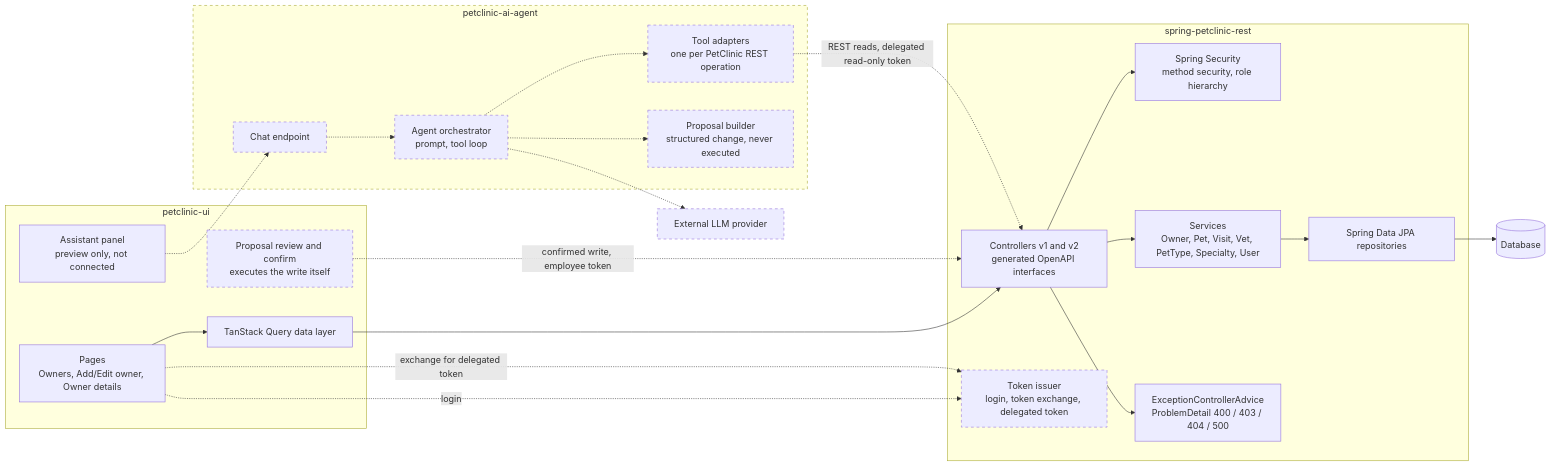
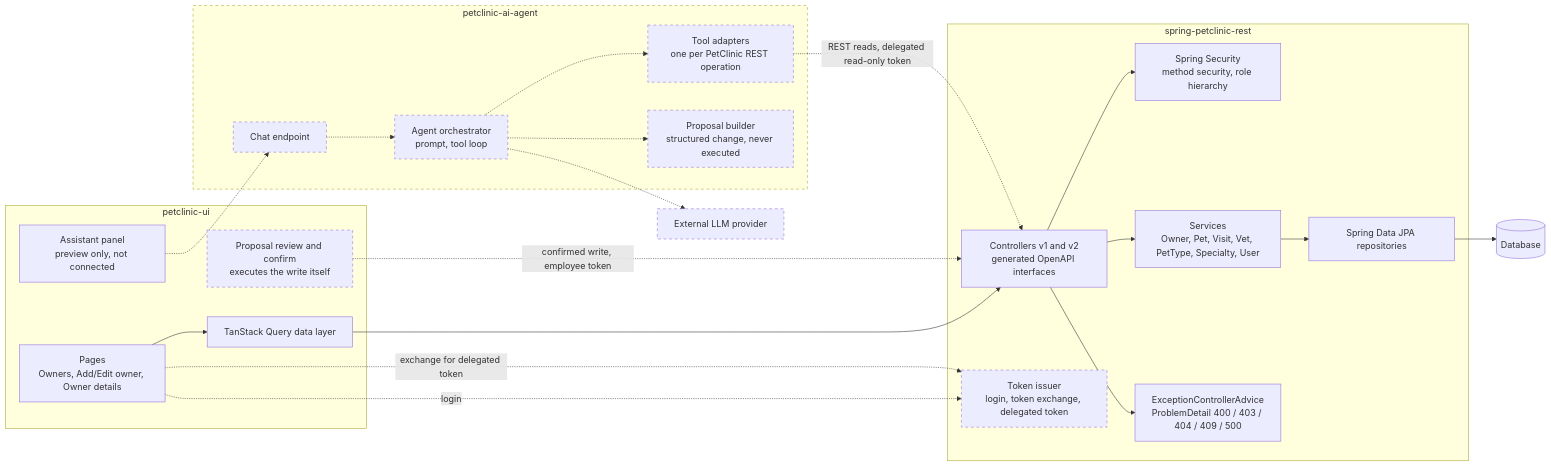
The first of 2 diagrams in docs/architecture/uml/02-components.md (vinceo8691-prog/petclinic-ai-platform), drawn with Mermaid before and after one commit. The commit also changed 17 other files, not shown here.

````diff
--- a/docs/architecture/uml/02-components.md
+++ b/docs/architecture/uml/02-components.md
@@ -7,45 +7,45 @@
 ```mermaid
 flowchart LR
     subgraph ui["petclinic-ui"]
         pages["Pages<br/>Owners, Add/Edit owner, Owner details"]
         query["TanStack Query data layer"]
         panel["Assistant panel<br/>preview only, not connected"]
         confirm["Proposal review and confirm<br/>executes the write itself"]
     end
 
     subgraph api["spring-petclinic-rest"]
         controllers["Controllers v1 and v2<br/>generated OpenAPI interfaces"]
         sec["Spring Security<br/>method security, role hierarchy"]
         services["Services<br/>Owner, Pet, Visit, Vet, PetType, Specialty, User"]
         repos["Spring Data JPA repositories"]
-        advice["ExceptionControllerAdvice<br/>ProblemDetail 400 / 403 / 404 / 500"]
+        advice["ExceptionControllerAdvice<br/>ProblemDetail 400 / 403 / 404 / 409 / 500"]
         issuer["Token issuer<br/>login, token exchange, delegated token"]
     end
 
     subgraph agent["petclinic-ai-agent"]
         chat["Chat endpoint"]
         orchestrator["Agent orchestrator<br/>prompt, tool loop"]
         tools["Tool adapters<br/>one per PetClinic REST operation"]
         proposals["Proposal builder<br/>structured change, never executed"]
     end
 
     db[("Database")]
     llm["External LLM provider"]
 
     pages --> query --> controllers
     panel -.-> chat
     confirm -.->|"confirmed write, employee token"| controllers
     pages -.->|"login"| issuer
     pages -.->|"exchange for delegated token"| issuer
     controllers --> sec
     controllers --> services --> repos --> db
     controllers --> advice
     chat -.-> orchestrator
     orchestrator -.-> llm
     orchestrator -.-> tools
     orchestrator -.-> proposals
     tools -.->|"REST reads, delegated read-only token"| controllers
 
     classDef target stroke-dasharray: 5 5
     class agent,chat,orchestrator,tools,proposals,confirm,llm,issuer target
 ```
````
